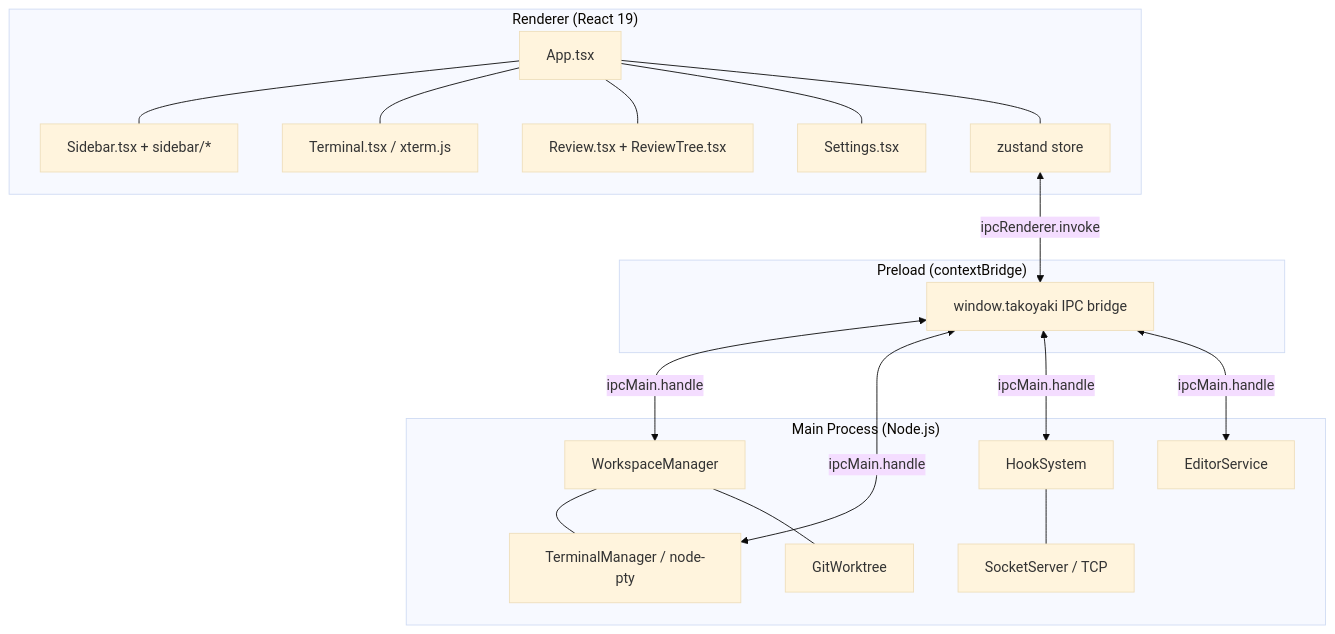
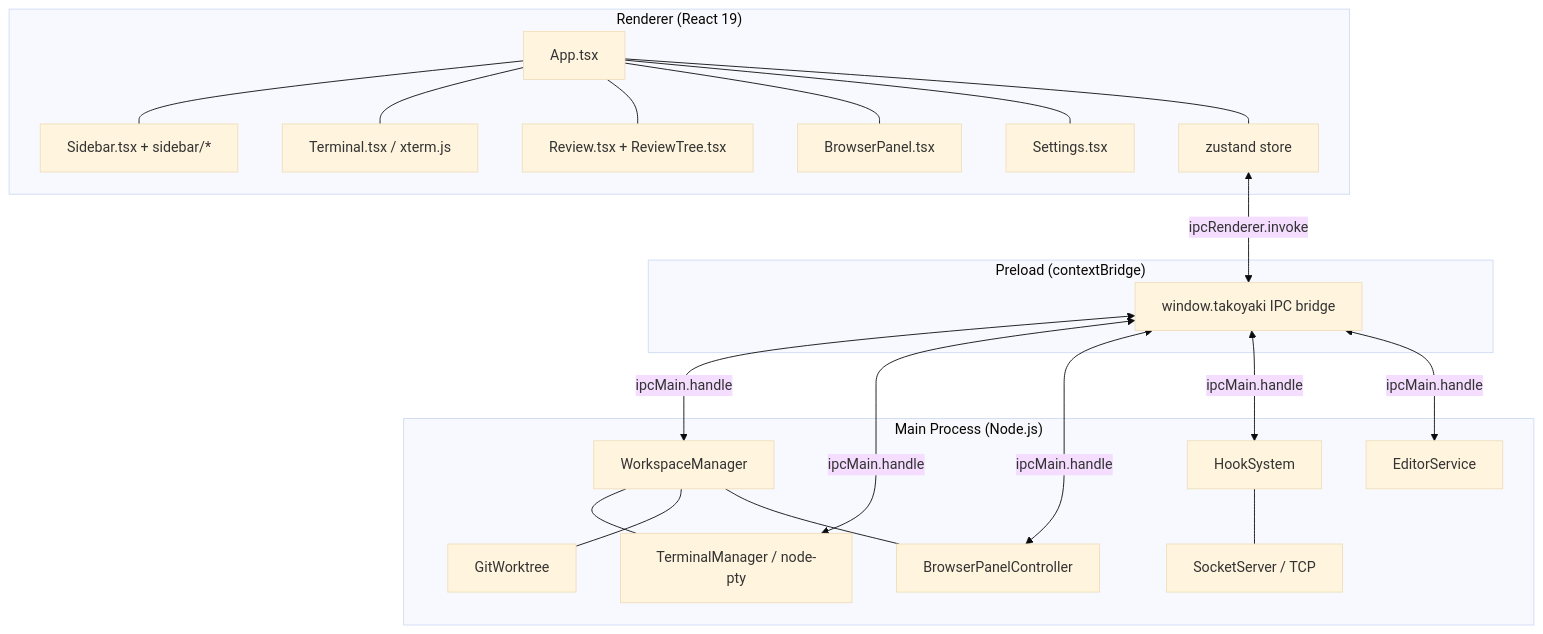
The first of 13 diagrams in docs/ARCHITECTURE.md (adikuma/takoyaki), drawn with Mermaid (base theme) before and after one commit. The commit also changed other lines of this file and 18 other files, not shown here.

````diff
--- a/docs/ARCHITECTURE.md
+++ b/docs/ARCHITECTURE.md
@@ -5,38 +5,43 @@
 ```mermaid
 graph TB
     subgraph Renderer["Renderer (React 19)"]
         App[App.tsx]
         Sidebar[Sidebar.tsx + sidebar/*]
         Terminal[Terminal.tsx / xterm.js]
         Review[Review.tsx + ReviewTree.tsx]
+        BrowserPanel[BrowserPanel.tsx]
         Settings[Settings.tsx]
         Store[zustand store]
         App --- Sidebar
         App --- Terminal
         App --- Review
+        App --- BrowserPanel
         App --- Settings
         App --- Store
     end
 
     subgraph Preload["Preload (contextBridge)"]
         Bridge[window.takoyaki IPC bridge]
     end
 
     subgraph Main["Main Process (Node.js)"]
         WM[WorkspaceManager]
         TM[TerminalManager / node-pty]
+        Browser[BrowserPanelController]
         Hooks[HookSystem]
         Socket[SocketServer / TCP]
         Editor[EditorService]
         Git[GitWorktree]
         WM --- TM
         WM --- Git
+        WM --- Browser
         Hooks --- Socket
     end
 
     Store <-->|ipcRenderer.invoke| Bridge
     Bridge <-->|ipcMain.handle| WM
     Bridge <-->|ipcMain.handle| TM
+    Bridge <-->|ipcMain.handle| Browser
     Bridge <-->|ipcMain.handle| Hooks
     Bridge <-->|ipcMain.handle| Editor
 ```
````
